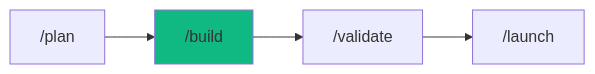
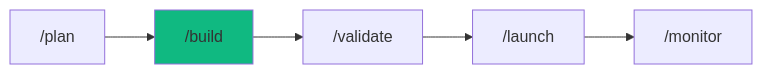
Before and after one commit to pikakit/agent-skills: the second of 2 diagrams in .agent/workflows/build.md, drawn with Mermaid. The commit also changed other lines of this file and 498 other files, not shown here.

````diff
--- a/.agent/workflows/build.md
+++ b/.agent/workflows/build.md
@@ -318,7 +347,8 @@
 ```mermaid
 graph LR
     A["/plan"] --> B["/build"]
     B --> C["/validate"]
     C --> D["/launch"]
+    D --> E["/monitor"]
     style B fill:#10b981
 ```
````
